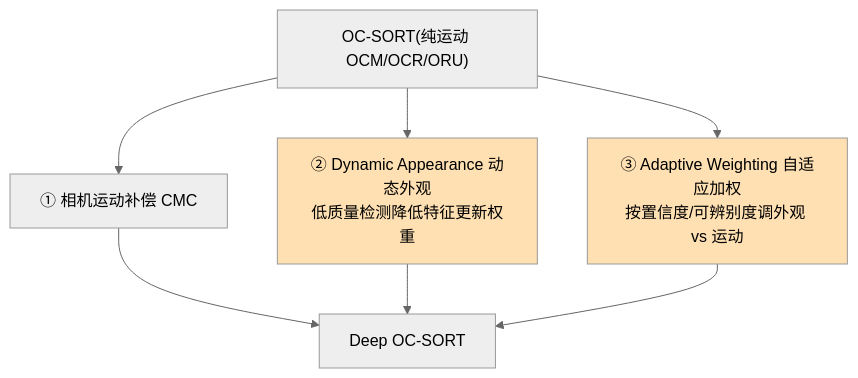
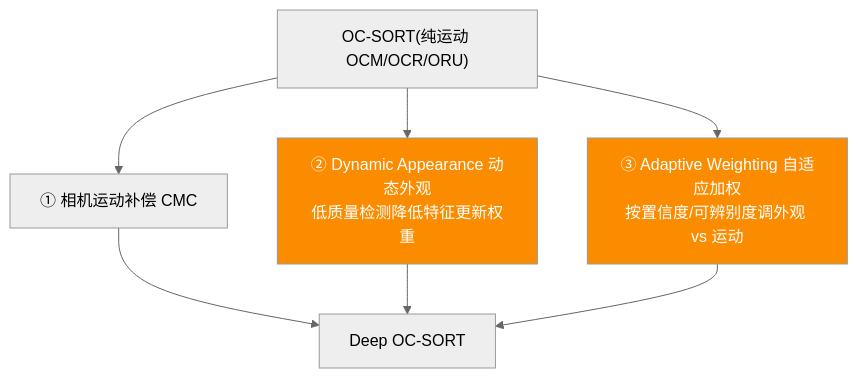
The first of 4 diagrams in docs/guides/tracking/deep-ocsort.md (yyq19990828/onnxtools), drawn with Mermaid (neutral theme) before and after one commit. The commit also changed other lines of this file and 12 other files, not shown here.

First line of the commit message:
fix(docs): 修复 mermaid 暗色模式配色 + 语法报错 + 数学公式渲染

````diff
--- a/docs/guides/tracking/deep-ocsort.md
+++ b/docs/guides/tracking/deep-ocsort.md
@@ -11,12 +11,12 @@
 ```mermaid
 graph TD
     OC["OC-SORT(纯运动 OCM/OCR/ORU)"]
     OC --> C1["① 相机运动补偿 CMC"]
     OC --> C2["② Dynamic Appearance 动态外观<br/>低质量检测降低特征更新权重"]
     OC --> C3["③ Adaptive Weighting 自适应加权<br/>按置信度/可辨别度调外观 vs 运动"]
     C1 --> OUT["Deep OC-SORT"]
     C2 --> OUT
     C3 --> OUT
-    style C2 fill:#ffe0b2
-    style C3 fill:#ffe0b2
+    style C2 fill:#fb8c00,color:#fff
+    style C3 fill:#fb8c00,color:#fff
 ```
````
